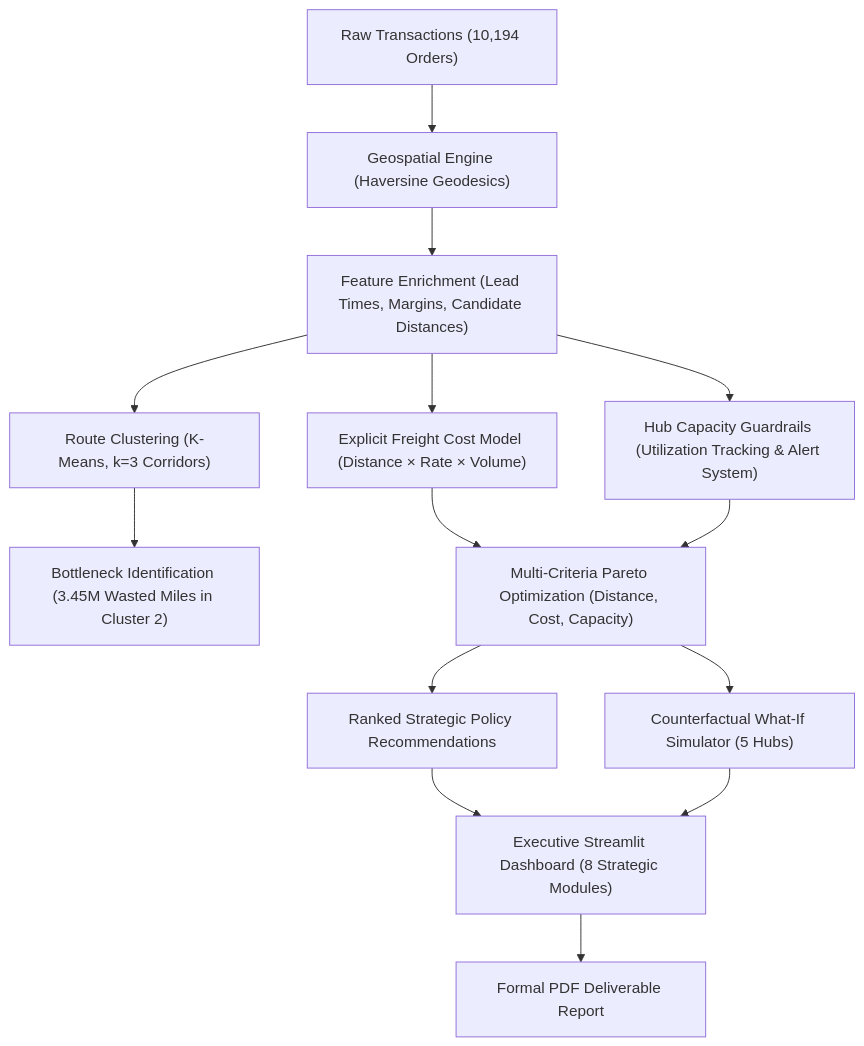
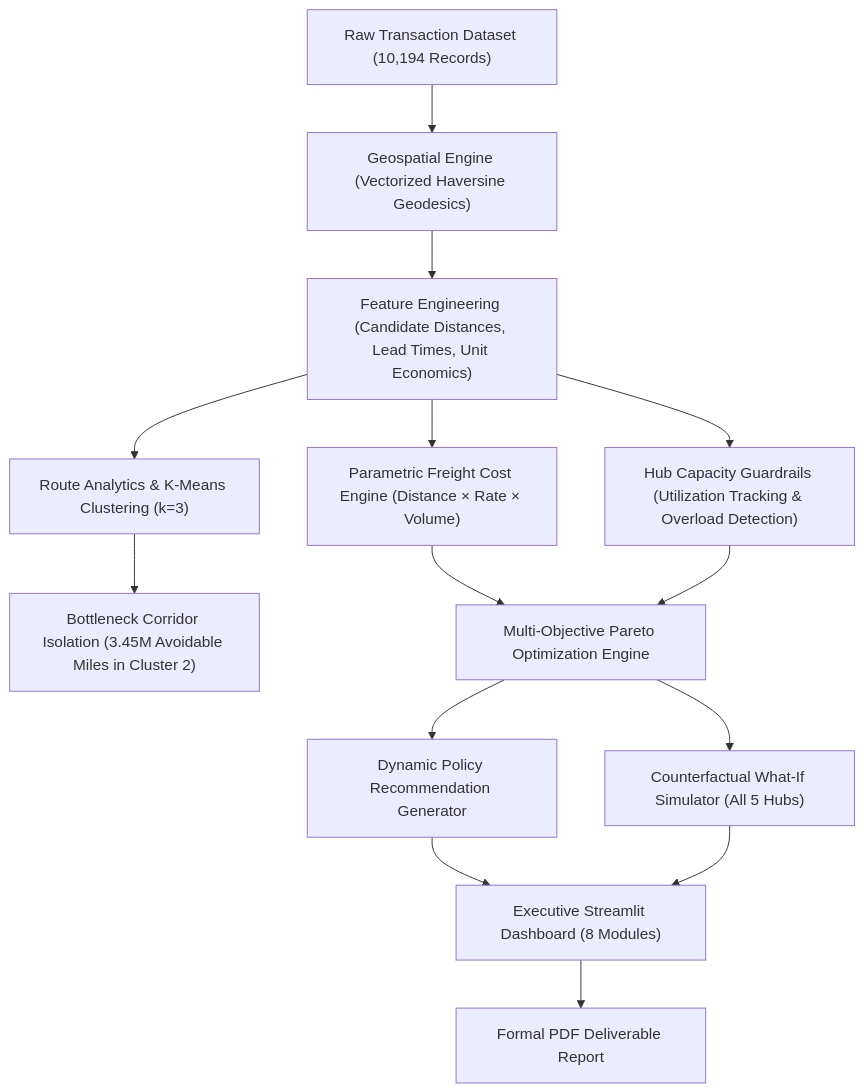
Before and after one commit to AnushkaRoy04/UM-Project_e-commerce: the diagram in README.md, drawn with Mermaid. The commit also changed other lines of this file, not shown here.

````diff
--- a/README.md
+++ b/README.md
@@ -72,14 +111,14 @@
 ```mermaid
 flowchart TD
-    A["Raw Transactions (10,194 Orders)"] --> B["Geospatial Engine (Haversine Geodesics)"]
-    B --> C["Feature Enrichment (Lead Times, Margins, Candidate Distances)"]
-    C --> D["Route Clustering (K-Means, k=3 Corridors)"]
-    C --> E["Explicit Freight Cost Model (Distance × Rate × Volume)"]
-    C --> F["Hub Capacity Guardrails (Utilization Tracking & Alert System)"]
-    D --> G["Bottleneck Identification (3.45M Wasted Miles in Cluster 2)"]
-    E & F --> H["Multi-Criteria Pareto Optimization (Distance, Cost, Capacity)"]
-    H --> I["Ranked Strategic Policy Recommendations"]
-    H --> J["Counterfactual What-If Simulator (5 Hubs)"]
-    I & J --> K["Executive Streamlit Dashboard (8 Strategic Modules)"]
+    A["Raw Transaction Dataset (10,194 Records)"] --> B["Geospatial Engine (Vectorized Haversine Geodesics)"]
+    B --> C["Feature Engineering (Candidate Distances, Lead Times, Unit Economics)"]
+    C --> D["Route Analytics & K-Means Clustering (k=3)"]
+    C --> E["Parametric Freight Cost Engine (Distance × Rate × Volume)"]
+    C --> F["Hub Capacity Guardrails (Utilization Tracking & Overload Detection)"]
+    D --> G["Bottleneck Corridor Isolation (3.45M Avoidable Miles in Cluster 2)"]
+    E & F --> H["Multi-Objective Pareto Optimization Engine"]
+    H --> I["Dynamic Policy Recommendation Generator"]
+    H --> J["Counterfactual What-If Simulator (All 5 Hubs)"]
+    I & J --> K["Executive Streamlit Dashboard (8 Modules)"]
     K --> L["Formal PDF Deliverable Report"]
 ```
````
